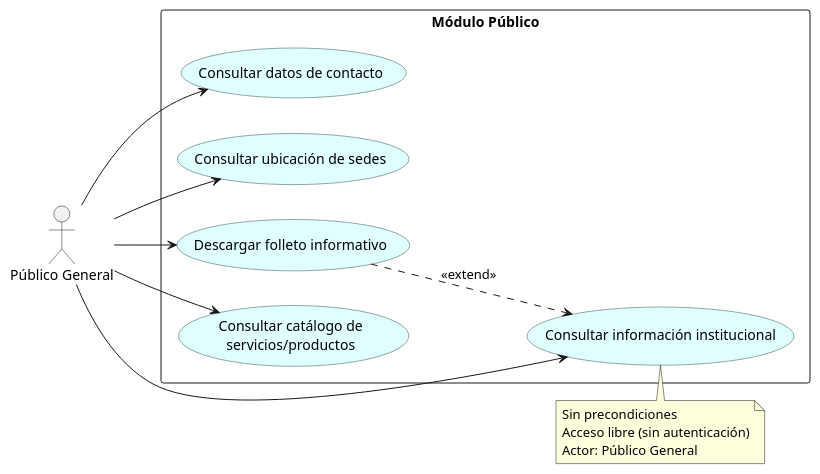
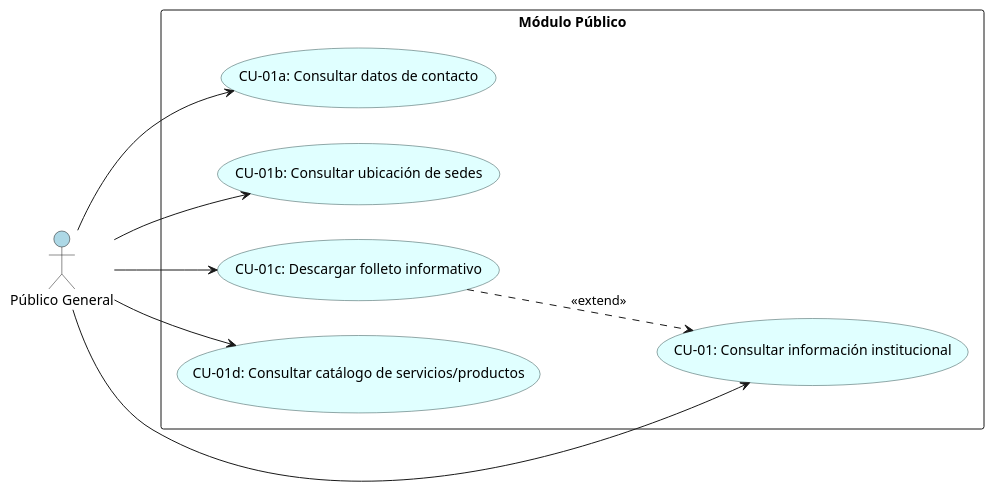
The diagram in docs/diagramas/casos_uso/01_modulo_publico.puml (ElianMMCode/Zone-Control), drawn with PlantUML before and after one commit. The commit also changed 7 other files, not shown here.

```diff
--- a/docs/diagramas/casos_uso/01_modulo_publico.puml
+++ b/docs/diagramas/casos_uso/01_modulo_publico.puml
@@ -1,29 +1,27 @@
 @startuml
 skinparam usecase {
     BackgroundColor LightCyan
     BorderColor DarkSlateGray
 }
 skinparam packageStyle rectangle
 left to right direction
 
-actor "Público General" as Pub
+actor "Público General" as Pub #LightBlue
 
 package "Módulo Público" {
-    usecase "Consultar información institucional" as UC_Pub1
-    usecase "Consultar datos de contacto" as UC_Pub2
-    usecase "Consultar ubicación de sedes" as UC_Pub3
-    usecase "Descargar folleto informativo" as UC_Pub4
-    usecase "Consultar catálogo de\nservicios/productos" as UC_Pub5
+    usecase "CU-01: Consultar información institucional" as UC_Pub1
+    usecase "CU-01a: Consultar datos de contacto" as UC_Pub2
+    usecase "CU-01b: Consultar ubicación de sedes" as UC_Pub3
+    usecase "CU-01c: Descargar folleto informativo" as UC_Pub4
+    usecase "CU-01d: Consultar catálogo de servicios/productos" as UC_Pub5
 
     UC_Pub4 ..> UC_Pub1 : <<extend>>
 }
 
 Pub --> UC_Pub1
 Pub --> UC_Pub2
 Pub --> UC_Pub3
 Pub --> UC_Pub4
 Pub --> UC_Pub5
 
-note top of UC_Pub1 : Sin precondiciones\nAcceso libre (sin autenticación)\nActor: Público General
-
 @enduml
```
